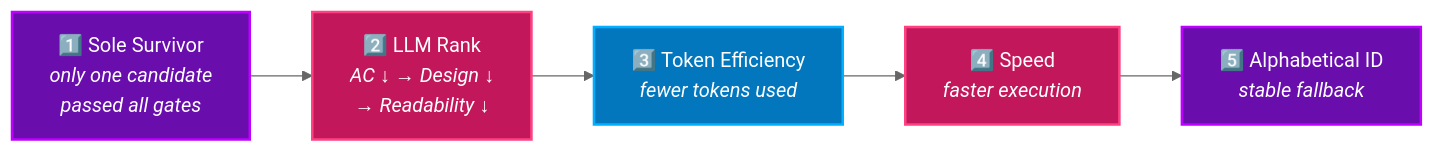
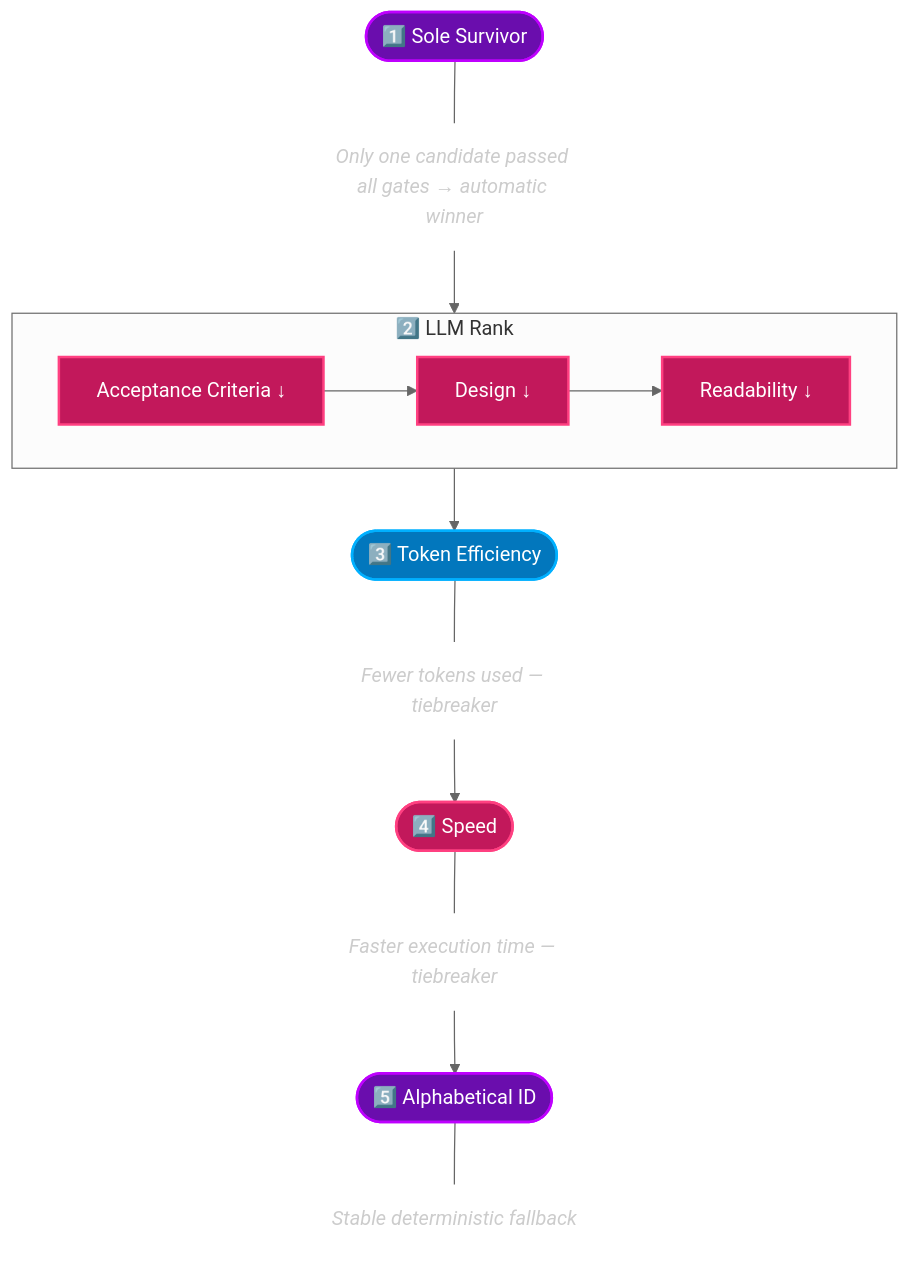
The third of 3 diagrams in README.md (azurenerd/VirtualDevTeam), drawn with Mermaid (neutral theme) before and after one commit.

Commit message:
Redesign winner selection Mermaid diagram: vertical flow with expanded LLM rank
- Switched from LR to TB flow so nodes aren't horizontally squished
- LLM Rank expanded into a subgraph with 3 individual criteria nodes
  (Acceptance Criteria → Design → Readability)
- Each priority step has a separate description node for readability
- Stadium-shaped nodes for primary steps, rectangular for descriptions

````diff
--- a/README.md
+++ b/README.md
@@ -334,18 +334,34 @@
 ```mermaid
-flowchart LR
-    S1["1️⃣ Sole Survivor<br/><i>only one candidate<br/>passed all gates</i>"]
-    S2["2️⃣ LLM Rank<br/><i>AC ↓ → Design ↓<br/>→ Readability ↓</i>"]
-    S3["3️⃣ Token Efficiency<br/><i>fewer tokens used</i>"]
-    S4["4️⃣ Speed<br/><i>faster execution</i>"]
-    S5["5️⃣ Alphabetical ID<br/><i>stable fallback</i>"]
+flowchart TB
+    S1(["1️⃣ Sole Survivor"])
+    S1D["Only one candidate passed all gates → automatic winner"]
 
-    S1 --> S2 --> S3 --> S4 --> S5
+    subgraph S2G["2️⃣ LLM Rank"]
+        direction LR
+        AC["Acceptance Criteria ↓"] --> DS["Design ↓"] --> RD["Readability ↓"]
+    end
+
+    S3(["3️⃣ Token Efficiency"])
+    S3D["Fewer tokens used — tiebreaker"]
+
+    S4(["4️⃣ Speed"])
+    S4D["Faster execution time — tiebreaker"]
+
+    S5(["5️⃣ Alphabetical ID"])
+    S5D["Stable deterministic fallback"]
+
+    S1 --- S1D --> S2G --> S3
+    S3 --- S3D --> S4
+    S4 --- S4D --> S5 --- S5D
 
     classDef purple fill:#6a0dad,stroke:#bf00ff,stroke-width:2px,color:#fff
     classDef pink fill:#c2185b,stroke:#ff4081,stroke-width:2px,color:#fff
     classDef blue fill:#0277bd,stroke:#00b0ff,stroke-width:2px,color:#fff
+    classDef desc fill:none,stroke:none,color:#ccc,font-style:italic
 
     class S1,S5 purple
-    class S2,S4 pink
+    class AC,DS,RD pink
     class S3 blue
+    class S4 pink
+    class S1D,S3D,S4D,S5D desc
 ```
````
